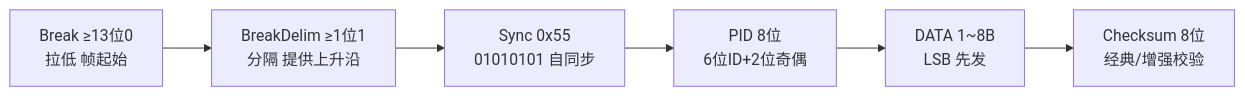
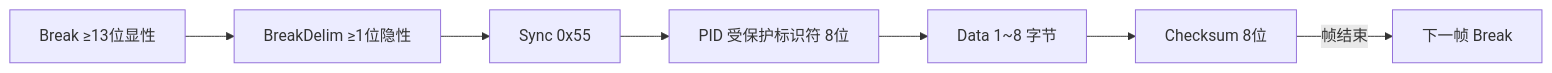
One commit to 1208826038/embedded-skill-notes changed the fifth of 11 diagrams in articles/p02-lin.md. Above: the diagram before and after it, drawn with Mermaid. The commit also changed other lines of this file, not shown here.

````diff
--- a/articles/p02-lin.md
+++ b/articles/p02-lin.md
@@ -48,8 +335,9 @@
 ```mermaid
 flowchart LR
-    A[Break ≥13位0<br/>拉低 帧起始] --> B[BreakDelim ≥1位1<br/>分隔 提供上升沿]
-    B --> C[Sync 0x55<br/>01010101 自同步]
-    C --> D[PID 8位<br/>6位ID+2位奇偶]
-    D --> E[DATA 1~8B<br/>LSB 先发]
-    E --> F[Checksum 8位<br/>经典/增强校验]
+    BRK[Break ≥13位显性] --> DEL[BreakDelim ≥1位隐性]
+    DEL --> SYN[Sync 0x55]
+    SYN --> PID[PID 受保护标识符 8位]
+    PID --> DAT[Data 1~8 字节]
+    DAT --> CS[Checksum 8位]
+    CS -->|帧结束| NEXT[下一帧 Break]
 ```
````
